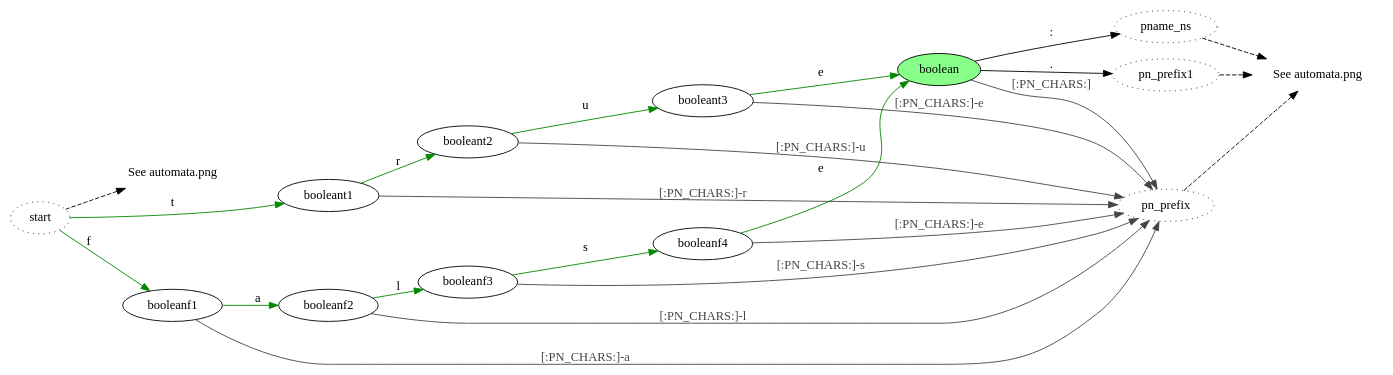
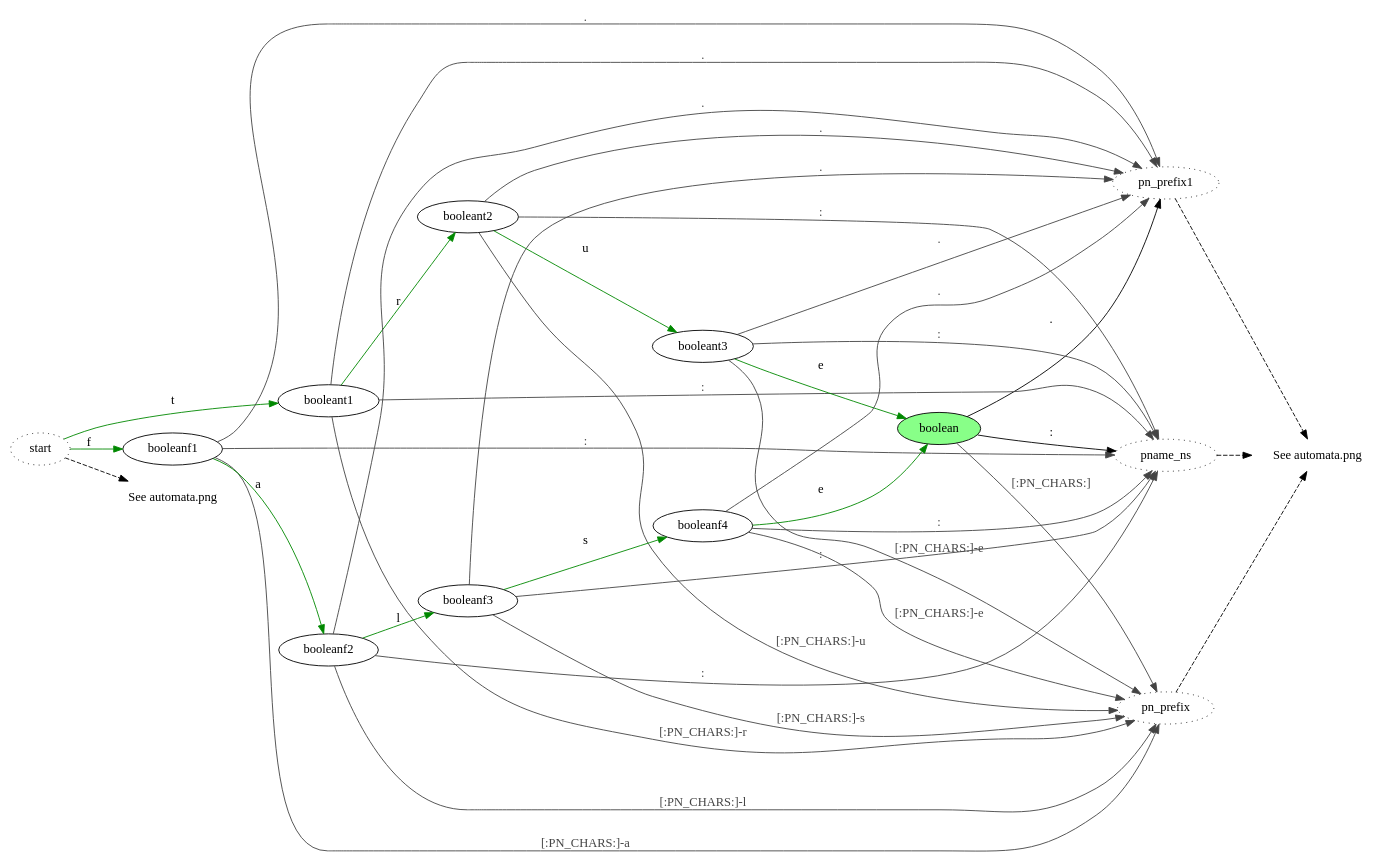
One commit to cnngimenez/SeA-turtle changed the diagram in design/boolean.dot. Above: the diagram before and after it, drawn with Graphviz. The commit also changed 3 other files, not shown here.

```diff
--- a/design/boolean.dot
+++ b/design/boolean.dot
@@ -1,69 +1,82 @@
 // boolean.dot
 
 // Copyright 2020 cnngimenez
 
 // Author: cnngimenez
 
 // This program is free software: you can redistribute it and/or modify
 // it under the terms of the GNU General Public License as published by
 // the Free Software Foundation, either version 3 of the License, or
 // (at your option) any later version.
 
 // This program is distributed in the hope that it will be useful,
 // but WITHOUT ANY WARRANTY; without even the implied warranty of
 // MERCHANTABILITY or FITNESS FOR A PARTICULAR PURPOSE.  See the
 // GNU General Public License for more details.
 
 // You should have received a copy of the GNU General Public License
 // along with this program.  If not, see <http://www.gnu.org/licenses/>.
 
 digraph booleans {
         // rotate=90;
         rankdir=LR;
         node [];
 
         boolean [style=filled, fillcolor="#88ff88"];
         see_automata_png [shape=plaintext, label="See automata.png"];
         see_automata_png2 [shape=plaintext, label="See automata.png"];	
 	start [style=dotted];
 	pname_ns [style=dotted];
 	pn_prefix1 [style=dotted];
 	pn_prefix [style=dotted];
 
 	start -> see_automata_png2 [style=dashed];
 	
         start -> booleant1 [label="t", color="#008800"];
-        booleant1 -> pn_prefix [label="[:PN_CHARS:]-r",
-          color="#444444", fontcolor="#444444"];
-        booleant1 -> booleant2 [label="r", color="#008800"];
-        booleant2 -> pn_prefix [label="[:PN_CHARS:]-u",
-          color="#444444", fontcolor="#444444"];
-        booleant2 -> booleant3 [label="u", color="#008800"];
-        booleant3 -> pn_prefix [label="[:PN_CHARS:]-e"
-          color="#444444", fontcolor="#444444"];         
+	booleant1 -> booleant2 [label="r", color="#008800"];
+        booleant1 -> pn_prefix [label="[:PN_CHARS:]-r", color="#444444", fontcolor="#444444"];	
+	booleant1 -> pn_prefix1 [label=".", color="#444444", fontcolor="#444444"];
+        booleant1 -> pname_ns [label=":", color="#444444", fontcolor="#444444"];
+	
+	booleant2 -> booleant3 [label="u", color="#008800"];
+	booleant2 -> pn_prefix [label="[:PN_CHARS:]-u", color="#444444", fontcolor="#444444"];        
+	booleant2 -> pn_prefix1 [label=".", color="#444444", fontcolor="#444444"];
+        booleant2 -> pname_ns [label=":", color="#444444", fontcolor="#444444"];
+	
         booleant3 -> boolean [label="e", color="#008800"];
-        boolean -> pn_prefix [label="[:PN_CHARS:]",
-          color="#444444", fontcolor="#444444"];
+        booleant3 -> pn_prefix [label="[:PN_CHARS:]-e", color="#444444", fontcolor="#444444"];         
+	booleant3 -> pn_prefix1 [label=".", color="#444444", fontcolor="#444444"];
+        booleant3 -> pname_ns [label=":", color="#444444", fontcolor="#444444"];
+	
+        boolean -> pn_prefix [label="[:PN_CHARS:]", color="#444444", fontcolor="#444444"];
 
         start -> booleanf1 [label="f", color="#008800"];
-        booleanf1 -> pn_prefix [label="[:PN_CHARS:]-a",
-          color="#444444", fontcolor="#444444"];
+
         booleanf1 -> booleanf2 [label="a", color="#008800"];
-        booleanf2 -> pn_prefix [label="[:PN_CHARS:]-l",
-          color="#444444", fontcolor="#444444"];
+	booleanf1 -> pn_prefix [label="[:PN_CHARS:]-a", color="#444444", fontcolor="#444444"];
+	booleanf1 -> pn_prefix1 [label=".", color="#444444", fontcolor="#444444"];
+        booleanf1 -> pname_ns [label=":", color="#444444", fontcolor="#444444"];
+	
         booleanf2 -> booleanf3 [label="l", color="#008800"];
-        booleanf3 -> pn_prefix [label="[:PN_CHARS:]-s",
-          color="#444444", fontcolor="#444444"];
+        booleanf2 -> pn_prefix [label="[:PN_CHARS:]-l", color="#444444", fontcolor="#444444"];
+	booleanf2 -> pn_prefix1 [label=".", color="#444444", fontcolor="#444444"];
+        booleanf2 -> pname_ns [label=":", color="#444444", fontcolor="#444444"];
+	
         booleanf3 -> booleanf4 [label="s", color="#008800"];
-        booleanf4 -> pn_prefix [label="[:PN_CHARS:]-e",
-          color="#444444", fontcolor="#444444"];
+        booleanf3 -> pn_prefix [label="[:PN_CHARS:]-s", color="#444444", fontcolor="#444444"];
+	booleanf3 -> pn_prefix1 [label=".", color="#444444", fontcolor="#444444"];
+        booleanf3 -> pname_ns [label=":", color="#444444", fontcolor="#444444"];
+	
         booleanf4 -> boolean [label="e", color="#008800"];
-
+        booleanf4 -> pn_prefix [label="[:PN_CHARS:]-e", color="#444444", fontcolor="#444444"];
+	booleanf4 -> pn_prefix1 [label=".", color="#444444", fontcolor="#444444"];
+        booleanf4 -> pname_ns [label=":", color="#444444", fontcolor="#444444"];
+	
 	boolean -> pn_prefix1 [label="."];
 	boolean -> pname_ns [label=":"];
 	
         pn_prefix -> see_automata_png [style=dashed];
 	pn_prefix1 -> see_automata_png [style=dashed];
 	pname_ns -> see_automata_png [style=dashed];
 
 }
```
